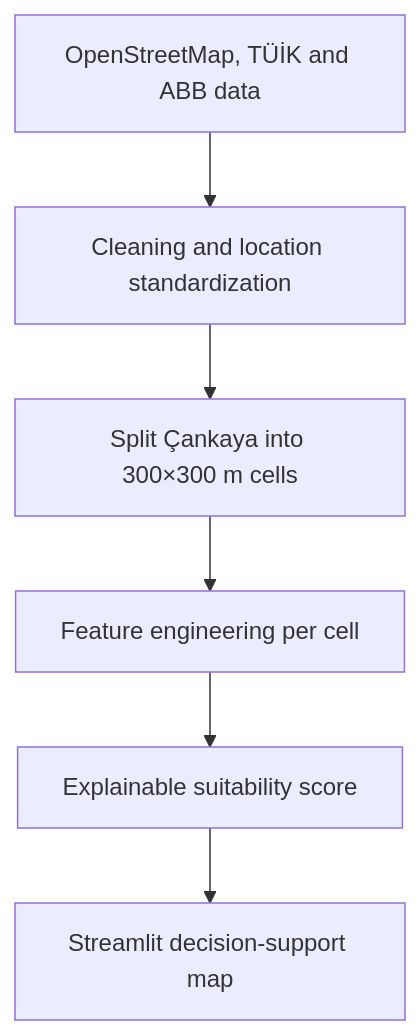
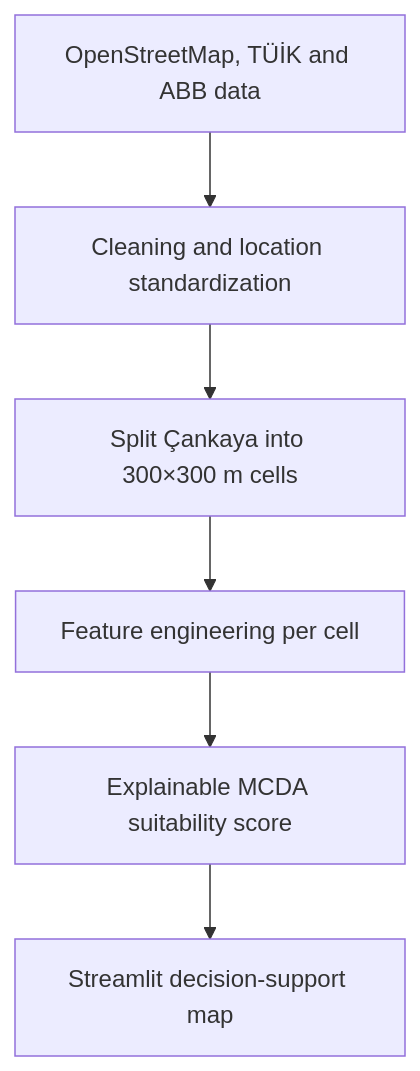
The diagram in README.md (edasaruhan/SIC_AI_17_Capstone_Group_6), drawn with Mermaid before and after one commit. The commit also changed other lines of this file and 17 other files, not shown here.

````diff
--- a/README.md
+++ b/README.md
@@ -20,8 +24,8 @@
 ```mermaid
 flowchart TD
     A["OpenStreetMap, TÜİK and ABB data"] --> B["Cleaning and location standardization"]
     B --> C["Split Çankaya into 300×300 m cells"]
     C --> D["Feature engineering per cell"]
-    D --> E["Explainable suitability score"]
+    D --> E["Explainable MCDA suitability score"]
     E --> F["Streamlit decision-support map"]
 ```
````
